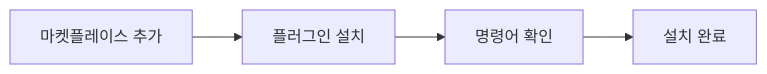
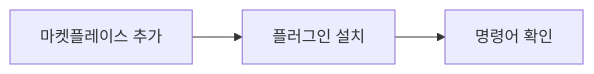
The second of 3 diagrams in README.md (robinseo/afk-mod), drawn with Mermaid before and after one commit. The commit also changed other lines of this file and 11 other files, not shown here.

````diff
--- a/README.md
+++ b/README.md
@@ -39,6 +34,5 @@
 ```mermaid
 flowchart LR
     A[마켓플레이스 추가] --> B[플러그인 설치]
     B --> C[명령어 확인]
-    C --> D[설치 완료]
 ```
````
